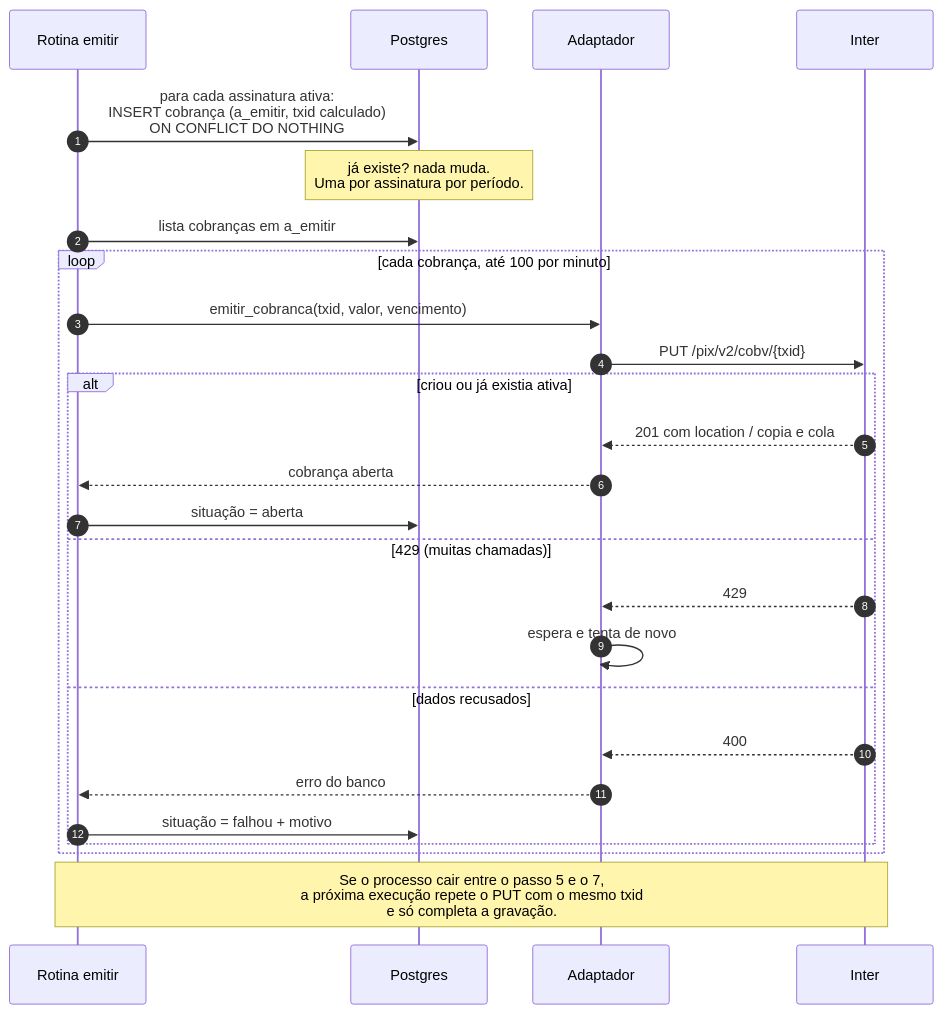
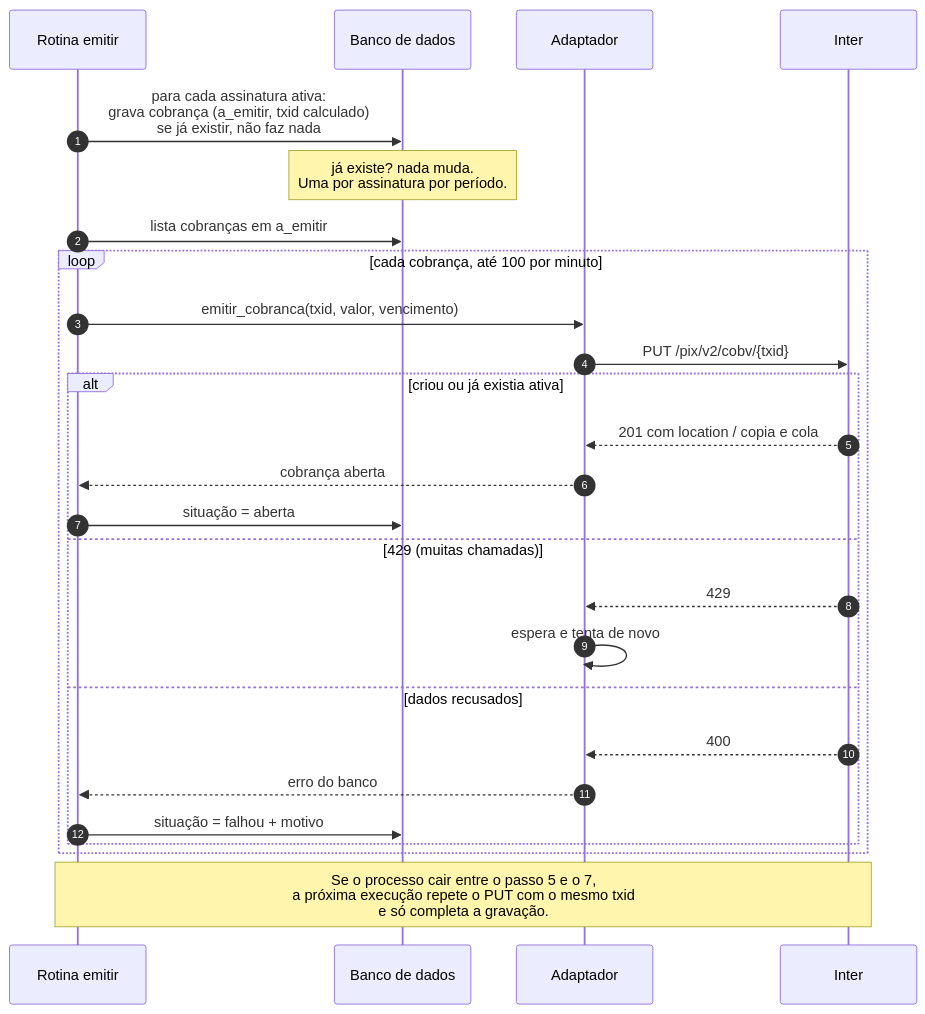
One commit to leonardorudolfocardoso/pix-em-dia changed the third of 9 diagrams in docs/processos.md. Above: the diagram before and after it, drawn with Mermaid. The commit also changed other lines of this file and 3 other files, not shown here.

````diff
--- a/docs/processos.md
+++ b/docs/processos.md
@@ -80,28 +80,28 @@
 ```mermaid
 sequenceDiagram
   autonumber
   participant J as Rotina emitir
-  participant D as Postgres
+  participant D as Banco de dados
   participant A as Adaptador
   participant I as Inter
-  J->>D: para cada assinatura ativa:<br/>INSERT cobrança (a_emitir, txid calculado)<br/>ON CONFLICT DO NOTHING
+  J->>D: para cada assinatura ativa:<br/>grava cobrança (a_emitir, txid calculado)<br/>se já existir, não faz nada
   Note over D: já existe? nada muda.<br/>Uma por assinatura por período.
   J->>D: lista cobranças em a_emitir
   loop cada cobrança, até 100 por minuto
     J->>A: emitir_cobranca(txid, valor, vencimento)
     A->>I: PUT /pix/v2/cobv/{txid}
     alt criou ou já existia ativa
       I-->>A: 201 com location / copia e cola
       A-->>J: cobrança aberta
       J->>D: situação = aberta
     else 429 (muitas chamadas)
       I-->>A: 429
       A->>A: espera e tenta de novo
     else dados recusados
       I-->>A: 400
       A-->>J: erro do banco
       J->>D: situação = falhou + motivo
     end
   end
   Note over J,I: Se o processo cair entre o passo 5 e o 7,<br/>a próxima execução repete o PUT com o mesmo txid<br/>e só completa a gravação.
 ```
````
